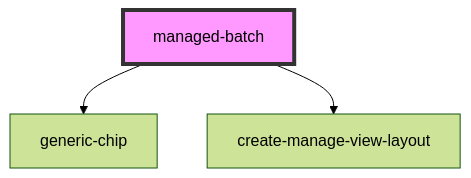
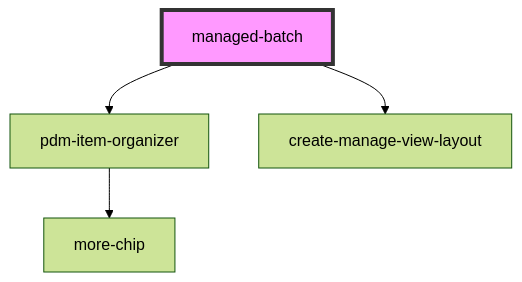
The diagram in pdm-web-components/src/components/managed-batch/readme.md (PharmaLedger-IMI/fgt-workspace), drawn with Mermaid (forest theme) before and after one commit. The commit also changed other lines of this file and 112 other files, not shown here.

````diff
--- a/pdm-web-components/src/components/managed-batch/readme.md
+++ b/pdm-web-components/src/components/managed-batch/readme.md
@@ -65,6 +65,7 @@
 ```mermaid
 graph TD;
-  managed-batch --> generic-chip
+  managed-batch --> pdm-item-organizer
   managed-batch --> create-manage-view-layout
+  pdm-item-organizer --> more-chip
   style managed-batch fill:#f9f,stroke:#333,stroke-width:4px
 ```
````
